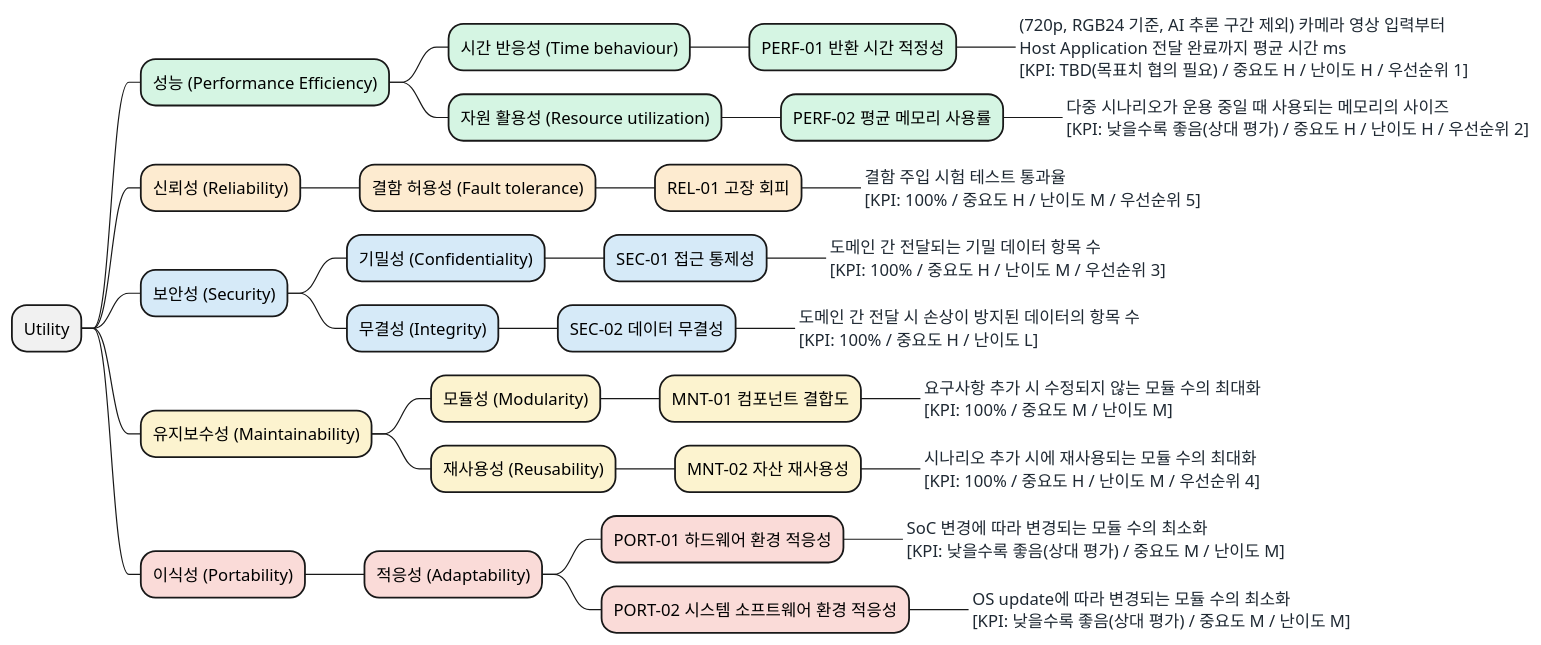
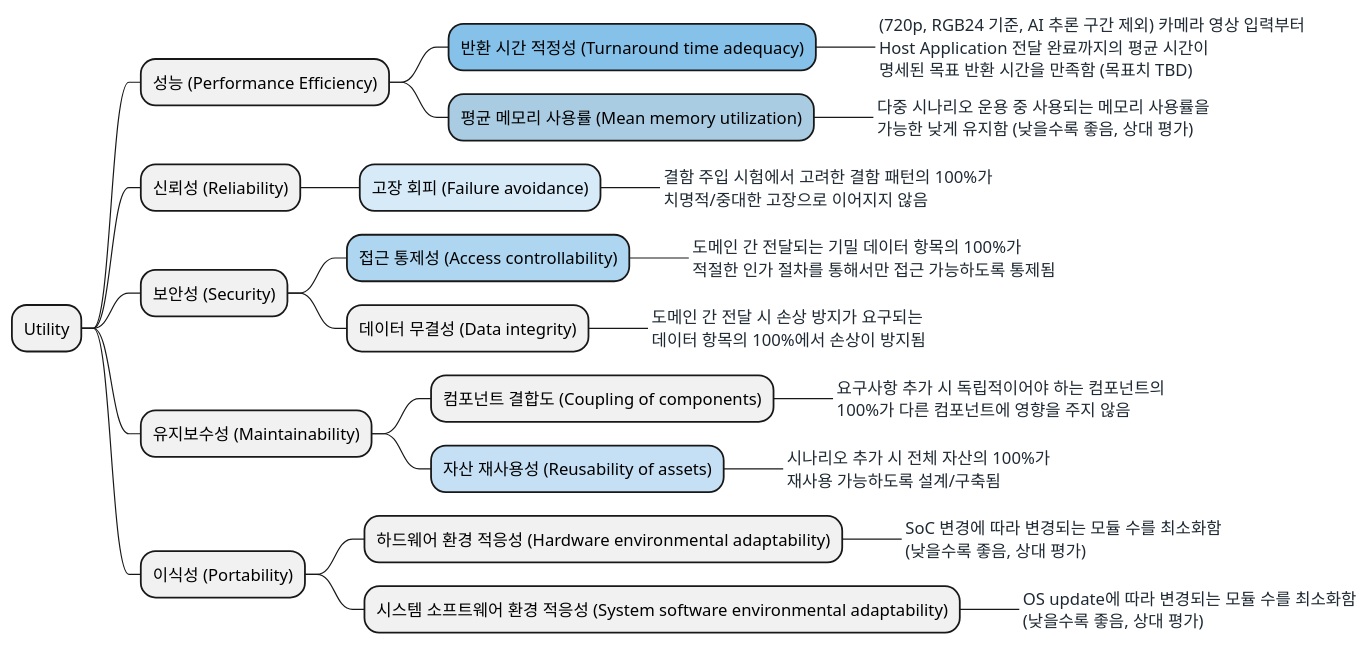
Before and after one commit to boram1288/test-p: the diagram in docs/03_utility_tree.md, drawn with PlantUML. The commit also changed other lines of this file, not shown here.

Commit message:
docs: utility tree 다이어그램 단순화 및 섹션 3 설명 문장화 (03_utility_tree.md)
- 다이어그램에서 ID/부특성/중요도/난이도/우선순위 제거
- 우선순위 1~5 지표만 파란색 계열 배경 적용 (진할수록 상위)
- 섹션 3 설명을 KPI를 포함한 문장으로 변경, 별도 KPI 열 제거

````diff
--- a/docs/03_utility_tree.md
+++ b/docs/03_utility_tree.md
@@ -28,43 +28,35 @@
 ```plantuml
 @startmindmap
 <style>
 mindmapDiagram {
   boxless {
     FontColor #1F2933
   }
 }
 </style>
 * Utility
-**[#D5F5E3] 성능 (Performance Efficiency)
-***[#D5F5E3] 시간 반응성 (Time behaviour)
-****[#D5F5E3] PERF-01 반환 시간 적정성
-*****_ (720p, RGB24 기준, AI 추론 구간 제외) 카메라 영상 입력부터\nHost Application 전달 완료까지 평균 시간 ms\n[KPI: TBD(목표치 협의 필요) / 중요도 H / 난이도 H / 우선순위 1]
-***[#D5F5E3] 자원 활용성 (Resource utilization)
-****[#D5F5E3] PERF-02 평균 메모리 사용률
-*****_ 다중 시나리오가 운용 중일 때 사용되는 메모리의 사이즈\n[KPI: 낮을수록 좋음(상대 평가) / 중요도 H / 난이도 H / 우선순위 2]
-**[#FDEBD0] 신뢰성 (Reliability)
-***[#FDEBD0] 결함 허용성 (Fault tolerance)
-****[#FDEBD0] REL-01 고장 회피
-*****_ 결함 주입 시험 테스트 통과율\n[KPI: 100% / 중요도 H / 난이도 M / 우선순위 5]
-**[#D6EAF8] 보안성 (Security)
-***[#D6EAF8] 기밀성 (Confidentiality)
-****[#D6EAF8] SEC-01 접근 통제성
-*****_ 도메인 간 전달되는 기밀 데이터 항목 수\n[KPI: 100% / 중요도 H / 난이도 M / 우선순위 3]
-***[#D6EAF8] 무결성 (Integrity)
-****[#D6EAF8] SEC-02 데이터 무결성
-*****_ 도메인 간 전달 시 손상이 방지된 데이터의 항목 수\n[KPI: 100% / 중요도 H / 난이도 L]
-**[#FCF3CF] 유지보수성 (Maintainability)
-***[#FCF3CF] 모듈성 (Modularity)
-****[#FCF3CF] MNT-01 컴포넌트 결합도
-*****_ 요구사항 추가 시 수정되지 않는 모듈 수의 최대화\n[KPI: 100% / 중요도 M / 난이도 M]
-***[#FCF3CF] 재사용성 (Reusability)
-****[#FCF3CF] MNT-02 자산 재사용성
-*****_ 시나리오 추가 시에 재사용되는 모듈 수의 최대화\n[KPI: 100% / 중요도 H / 난이도 M / 우선순위 4]
-**[#FADBD8] 이식성 (Portability)
-***[#FADBD8] 적응성 (Adaptability)
-****[#FADBD8] PORT-01 하드웨어 환경 적응성
-*****_ SoC 변경에 따라 변경되는 모듈 수의 최소화\n[KPI: 낮을수록 좋음(상대 평가) / 중요도 M / 난이도 M]
-****[#FADBD8] PORT-02 시스템 소프트웨어 환경 적응성
-*****_ OS update에 따라 변경되는 모듈 수의 최소화\n[KPI: 낮을수록 좋음(상대 평가) / 중요도 M / 난이도 M]
+** 성능 (Performance Efficiency)
+***[#85C1E9] 반환 시간 적정성 (Turnaround time adequacy)
+****_ (720p, RGB24 기준, AI 추론 구간 제외) 카메라 영상 입력부터\nHost Application 전달 완료까지의 평균 시간이\n명세된 목표 반환 시간을 만족함 (목표치 TBD)
+***[#A9CCE3] 평균 메모리 사용률 (Mean memory utilization)
+****_ 다중 시나리오 운용 중 사용되는 메모리 사용률을\n가능한 낮게 유지함 (낮을수록 좋음, 상대 평가)
+** 신뢰성 (Reliability)
+***[#D6EAF8] 고장 회피 (Failure avoidance)
+****_ 결함 주입 시험에서 고려한 결함 패턴의 100%가\n치명적/중대한 고장으로 이어지지 않음
+** 보안성 (Security)
+***[#AED6F1] 접근 통제성 (Access controllability)
+****_ 도메인 간 전달되는 기밀 데이터 항목의 100%가\n적절한 인가 절차를 통해서만 접근 가능하도록 통제됨
+*** 데이터 무결성 (Data integrity)
+****_ 도메인 간 전달 시 손상 방지가 요구되는\n데이터 항목의 100%에서 손상이 방지됨
+** 유지보수성 (Maintainability)
+*** 컴포넌트 결합도 (Coupling of components)
+****_ 요구사항 추가 시 독립적이어야 하는 컴포넌트의\n100%가 다른 컴포넌트에 영향을 주지 않음
+***[#C5DFF4] 자산 재사용성 (Reusability of assets)
+****_ 시나리오 추가 시 전체 자산의 100%가\n재사용 가능하도록 설계/구축됨
+** 이식성 (Portability)
+*** 하드웨어 환경 적응성 (Hardware environmental adaptability)
+****_ SoC 변경에 따라 변경되는 모듈 수를 최소화함\n(낮을수록 좋음, 상대 평가)
+*** 시스템 소프트웨어 환경 적응성 (System software environmental adaptability)
+****_ OS update에 따라 변경되는 모듈 수를 최소화함\n(낮을수록 좋음, 상대 평가)
 @endmindmap
 ```
````
